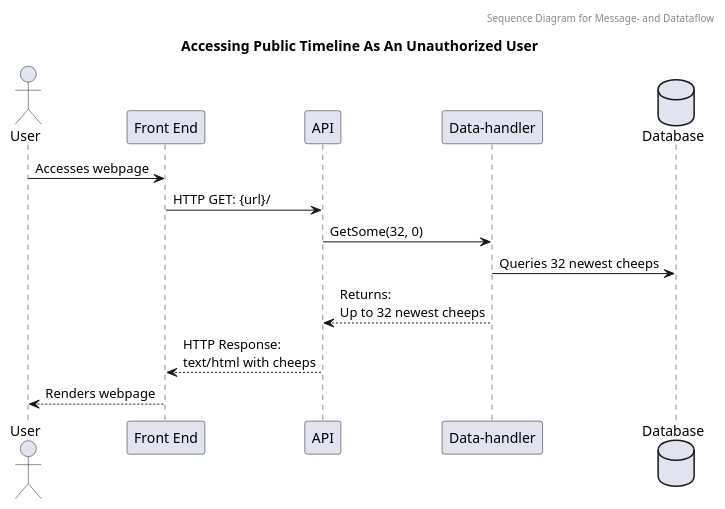
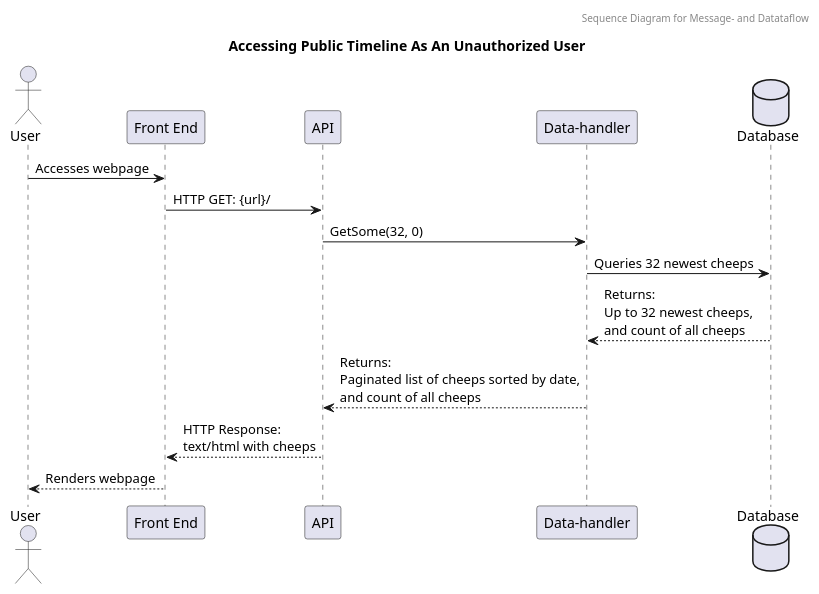
One commit to ITU-BDSA23-GROUP10/Chirp changed the diagram in docs/report_diagrams/UML_sequence_diagrams/msg_data_flow_UML_seq.puml. Above: the diagram before and after it, drawn with PlantUML.

Commit message:
Added missing return info

```diff
--- a/docs/report_diagrams/UML_sequence_diagrams/msg_data_flow_UML_seq.puml
+++ b/docs/report_diagrams/UML_sequence_diagrams/msg_data_flow_UML_seq.puml
@@ -1,20 +1,21 @@
 @startuml
 
 header Sequence Diagram for Message- and Datataflow
 Title Accessing Public Timeline As An Unauthorized User
 
 
 actor "User" as Us
 participant "Front End" as Fe
 participant "API" as Api
 participant "Data-handler" as Dh
 database "Database" as Db 
 
 Us -> Fe: Accesses webpage
 Fe -> Api: HTTP GET: {url}/
 Api -> Dh: GetSome(32, 0)
 Dh -> Db: Queries 32 newest cheeps
-Dh --> Api: Returns:\nUp to 32 newest cheeps
+Return Returns:\nUp to 32 newest cheeps,\nand count of all cheeps
+Dh --> Api: Returns:\nPaginated list of cheeps sorted by date,\nand count of all cheeps
 Api --> Fe: HTTP Response:\ntext/html with cheeps
 Fe --> Us: Renders webpage
 @enduml
```
